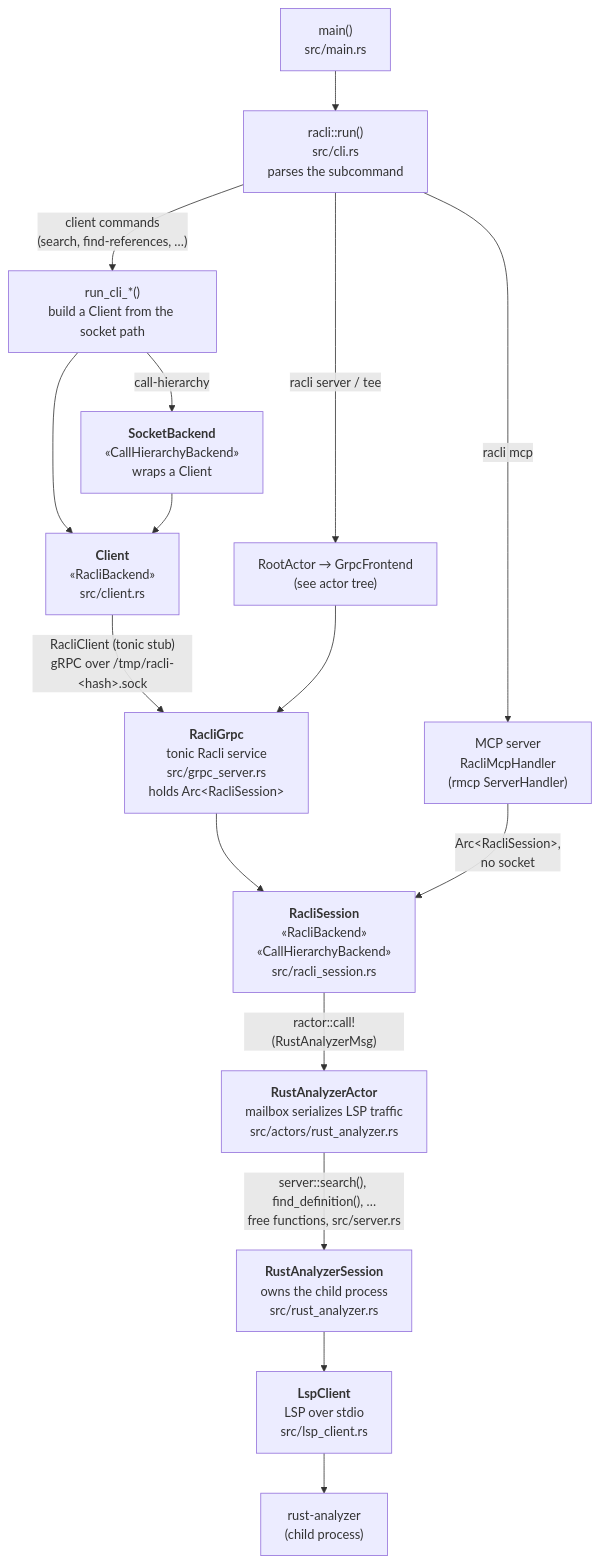
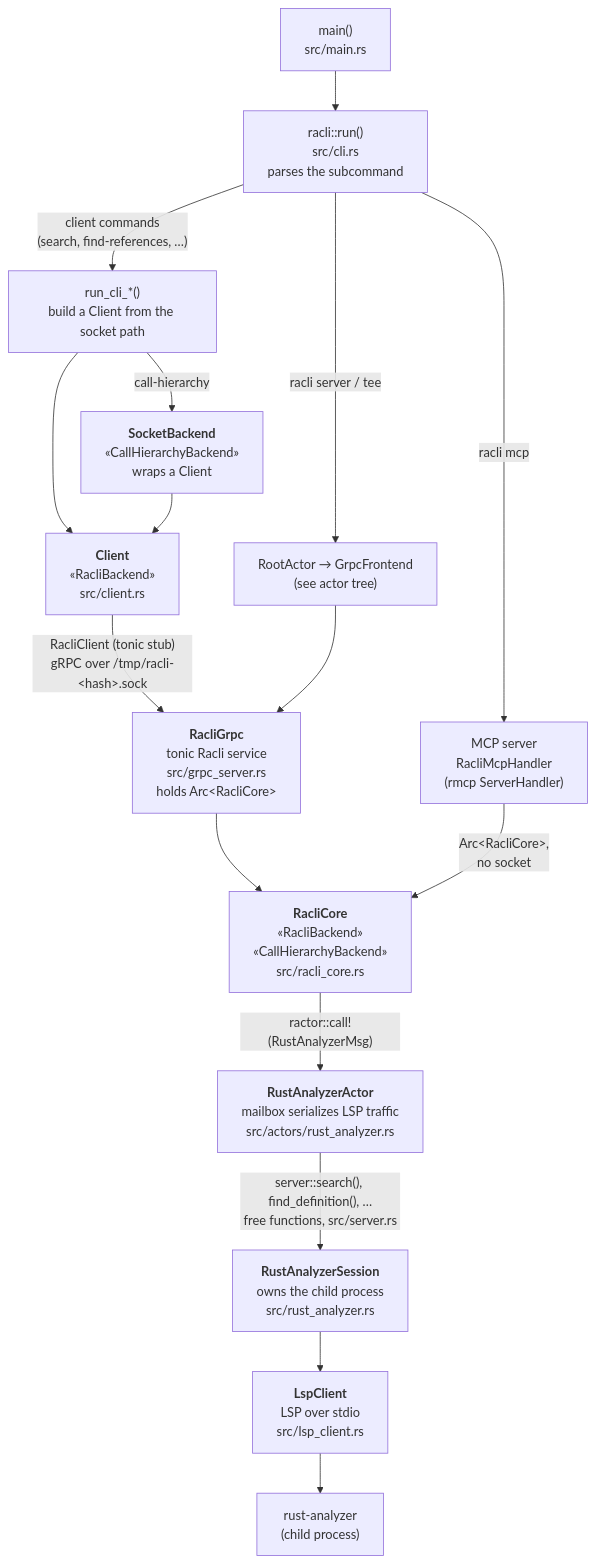
One commit to aisrael/racli changed the fifth of 6 diagrams in docs/high-level-architecture.md. Above: the diagram before and after it, drawn with Mermaid. The commit also changed other lines of this file and 17 other files, not shown here.

First line of the commit message:
Rename RacliSession to RacliCore

````diff
--- a/docs/high-level-architecture.md
+++ b/docs/high-level-architecture.md
@@ -95,23 +95,23 @@
 ```mermaid
 flowchart TD
     Main["main()<br/>src/main.rs"] --> Run["racli::run()<br/>src/cli.rs<br/>parses the subcommand"]
 
     Run -->|"client commands<br/>(search, find-references, …)"| CliRun["run_cli_*()<br/>build a Client from the socket path"]
     Run -->|"racli mcp"| McpRun["MCP server<br/>RacliMcpHandler<br/>(rmcp ServerHandler)"]
     Run -->|"racli server / tee"| ServerRun["RootActor → GrpcFrontend<br/>(see actor tree)"]
 
     CliRun --> Client["<b>Client</b><br/>«RacliBackend»<br/>src/client.rs"]
     CliRun -->|call-hierarchy| SocketBackend["<b>SocketBackend</b><br/>«CallHierarchyBackend»<br/>wraps a Client"]
     SocketBackend --> Client
     Client -->|"RacliClient (tonic stub)<br/>gRPC over /tmp/racli-#lt;hash#gt;.sock"| Grpc
 
-    ServerRun --> Grpc["<b>RacliGrpc</b><br/>tonic Racli service<br/>src/grpc_server.rs<br/>holds Arc#lt;RacliSession#gt;"]
+    ServerRun --> Grpc["<b>RacliGrpc</b><br/>tonic Racli service<br/>src/grpc_server.rs<br/>holds Arc#lt;RacliCore#gt;"]
     Grpc --> Session
-    McpRun -->|"Arc#lt;RacliSession#gt;,<br/>no socket"| Session
+    McpRun -->|"Arc#lt;RacliCore#gt;,<br/>no socket"| Session
 
-    Session["<b>RacliSession</b><br/>«RacliBackend»<br/>«CallHierarchyBackend»<br/>src/racli_session.rs"]
+    Session["<b>RacliCore</b><br/>«RacliBackend»<br/>«CallHierarchyBackend»<br/>src/racli_core.rs"]
     Session -->|"ractor::call!(RustAnalyzerMsg)"| Actor["<b>RustAnalyzerActor</b><br/>mailbox serializes LSP traffic<br/>src/actors/rust_analyzer.rs"]
     Actor -->|"server::search(), find_definition(), …<br/>free functions, src/server.rs"| RAS["<b>RustAnalyzerSession</b><br/>owns the child process<br/>src/rust_analyzer.rs"]
     RAS --> Lsp["<b>LspClient</b><br/>LSP over stdio<br/>src/lsp_client.rs"]
     Lsp --> RA["rust-analyzer<br/>(child process)"]
 ```
````
